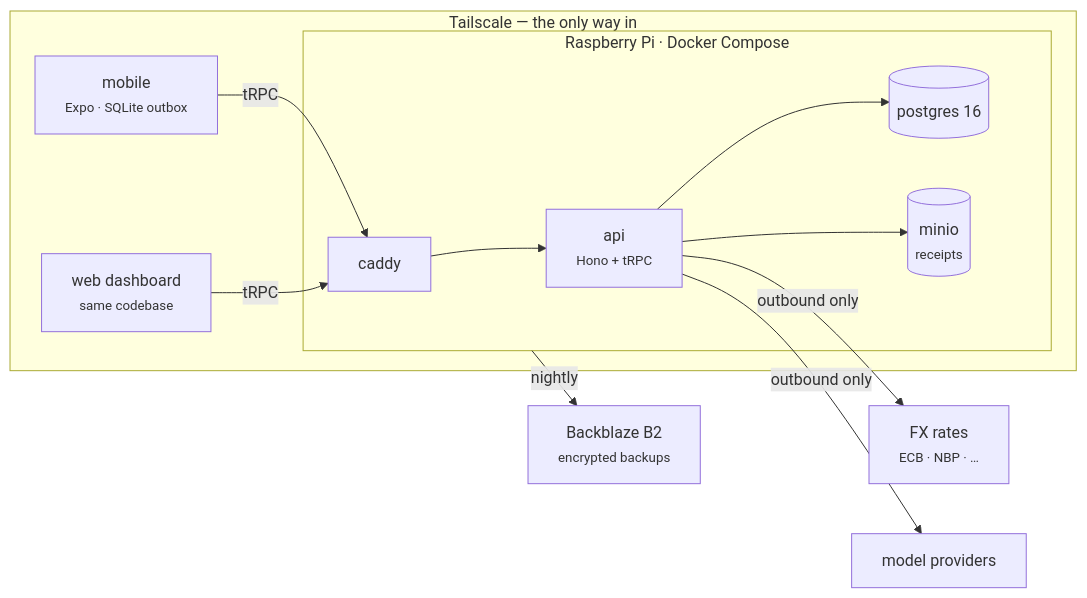
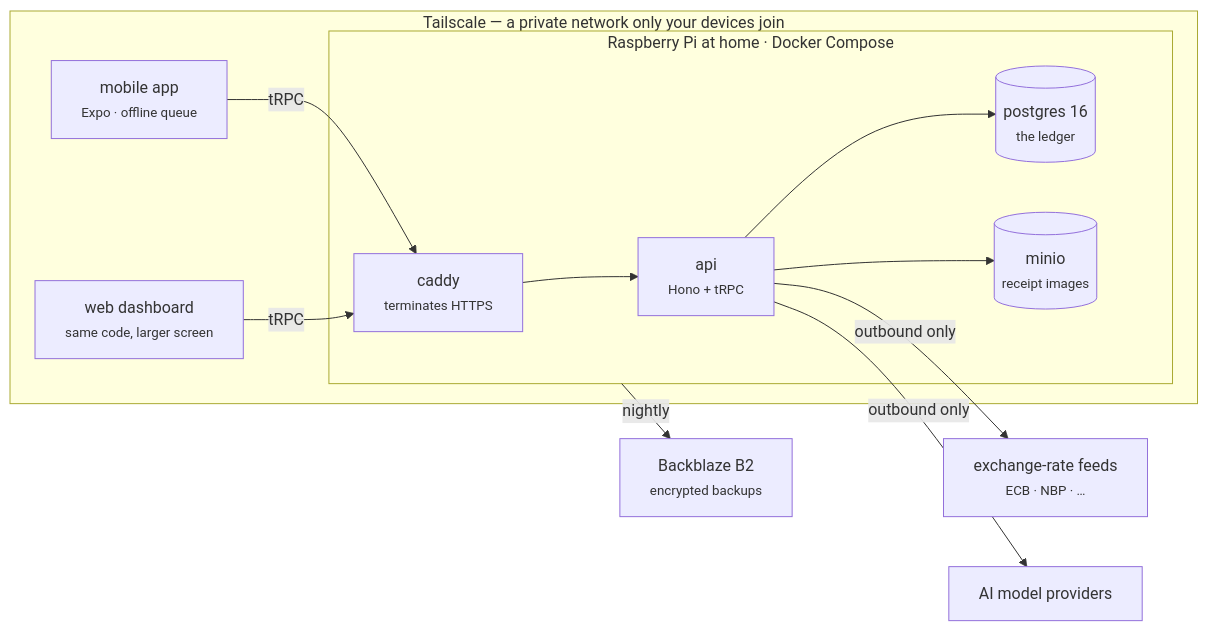
The first of 2 diagrams in docs/wiki/Home.md (VoltLightning/waltning), drawn with Mermaid before and after one commit. The commit also changed other lines of this file and 13 other files, not shown here.

````diff
--- a/docs/wiki/Home.md
+++ b/docs/wiki/Home.md
@@ -13,21 +20,21 @@
 ```mermaid
 graph LR
-    subgraph tailnet["Tailscale — the only way in"]
-        PHONE["mobile<br/><small>Expo · SQLite outbox</small>"]
-        WEB["web dashboard<br/><small>same codebase</small>"]
-        subgraph pi["Raspberry Pi · Docker Compose"]
-            CADDY["caddy"]
+    subgraph tailnet["Tailscale — a private network only your devices join"]
+        PHONE["mobile app<br/><small>Expo · offline queue</small>"]
+        WEB["web dashboard<br/><small>same code, larger screen</small>"]
+        subgraph pi["Raspberry Pi at home · Docker Compose"]
+            CADDY["caddy<br/><small>terminates HTTPS</small>"]
             API["api<br/><small>Hono + tRPC</small>"]
-            PG[("postgres 16")]
-            MINIO[("minio<br/><small>receipts</small>")]
+            PG[("postgres 16<br/><small>the ledger</small>")]
+            MINIO[("minio<br/><small>receipt images</small>")]
         end
     end
-    FX["FX rates<br/><small>ECB · NBP · …</small>"]
-    LLM["model providers"]
+    FX["exchange-rate feeds<br/><small>ECB · NBP · …</small>"]
+    LLM["AI model providers"]
     B2["Backblaze B2<br/><small>encrypted backups</small>"]
 
     PHONE & WEB -->|tRPC| CADDY --> API
     API --> PG & MINIO
     API -->|outbound only| FX & LLM
     pi -->|nightly| B2
 ```
````
